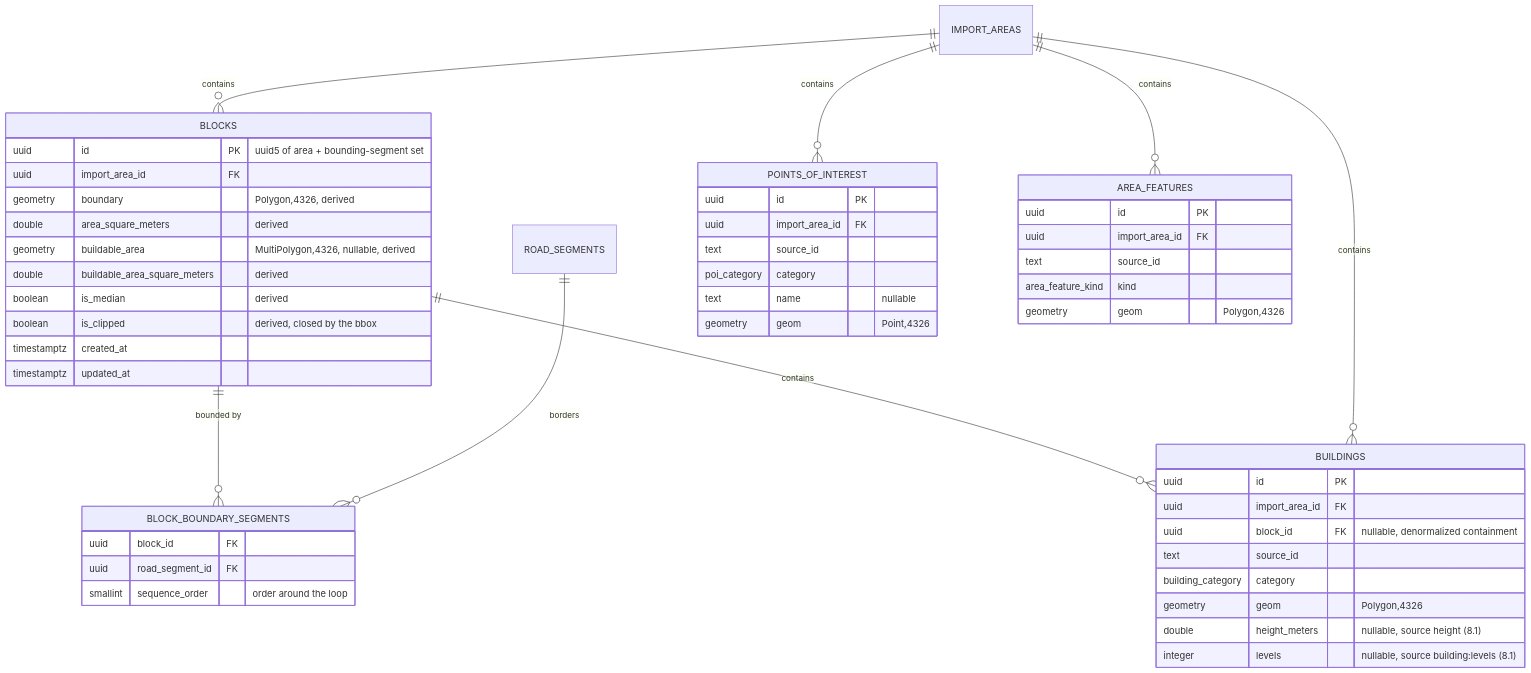
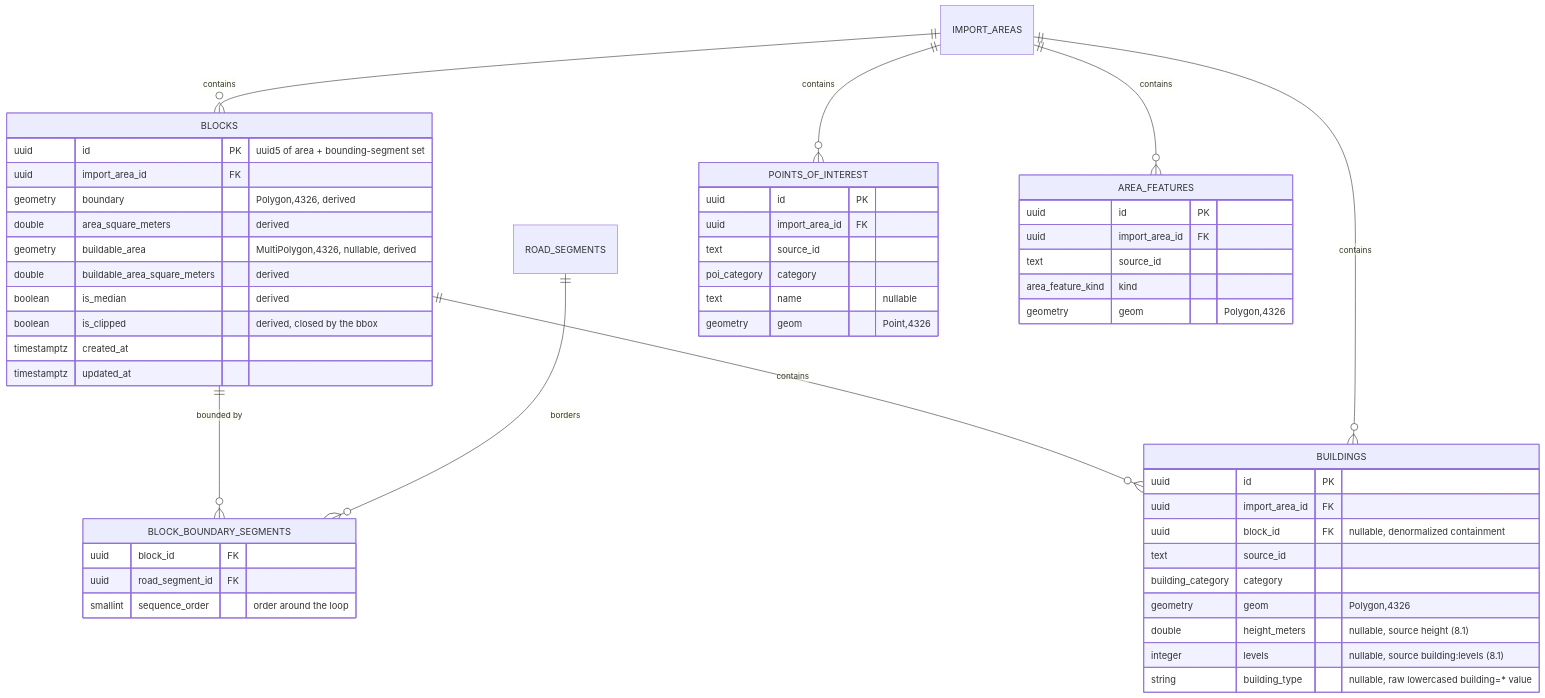
Before and after one commit to josuecm13/geospatial-reconstruction-engine: the third of 6 diagrams in docs/schema.md, drawn with Mermaid. The commit also changed other lines of this file and 42 other files, not shown here.

````diff
--- a/docs/schema.md
+++ b/docs/schema.md
@@ -135,53 +135,54 @@
 ```mermaid
 erDiagram
     IMPORT_AREAS ||--o{ BLOCKS : contains
     BLOCKS ||--o{ BLOCK_BOUNDARY_SEGMENTS : "bounded by"
     ROAD_SEGMENTS ||--o{ BLOCK_BOUNDARY_SEGMENTS : borders
     BLOCKS ||--o{ BUILDINGS : contains
     IMPORT_AREAS ||--o{ BUILDINGS : contains
     IMPORT_AREAS ||--o{ POINTS_OF_INTEREST : contains
     IMPORT_AREAS ||--o{ AREA_FEATURES : contains
 
     BLOCKS {
         uuid id PK "uuid5 of area + bounding-segment set"
         uuid import_area_id FK
         geometry boundary "Polygon,4326, derived"
         double area_square_meters "derived"
         geometry buildable_area "MultiPolygon,4326, nullable, derived"
         double buildable_area_square_meters "derived"
         boolean is_median "derived"
         boolean is_clipped "derived, closed by the bbox"
         timestamptz created_at
         timestamptz updated_at
     }
     BLOCK_BOUNDARY_SEGMENTS {
         uuid block_id FK
         uuid road_segment_id FK
         smallint sequence_order "order around the loop"
     }
     BUILDINGS {
         uuid id PK
         uuid import_area_id FK
         uuid block_id FK "nullable, denormalized containment"
         text source_id
         building_category category
         geometry geom "Polygon,4326"
         double height_meters "nullable, source height (8.1)"
         integer levels "nullable, source building:levels (8.1)"
+        string building_type "nullable, raw lowercased building=* value"
     }
     POINTS_OF_INTEREST {
         uuid id PK
         uuid import_area_id FK
         text source_id
         poi_category category
         text name "nullable"
         geometry geom "Point,4326"
     }
     AREA_FEATURES {
         uuid id PK
         uuid import_area_id FK
         text source_id
         area_feature_kind kind
         geometry geom "Polygon,4326"
     }
 ```
````
